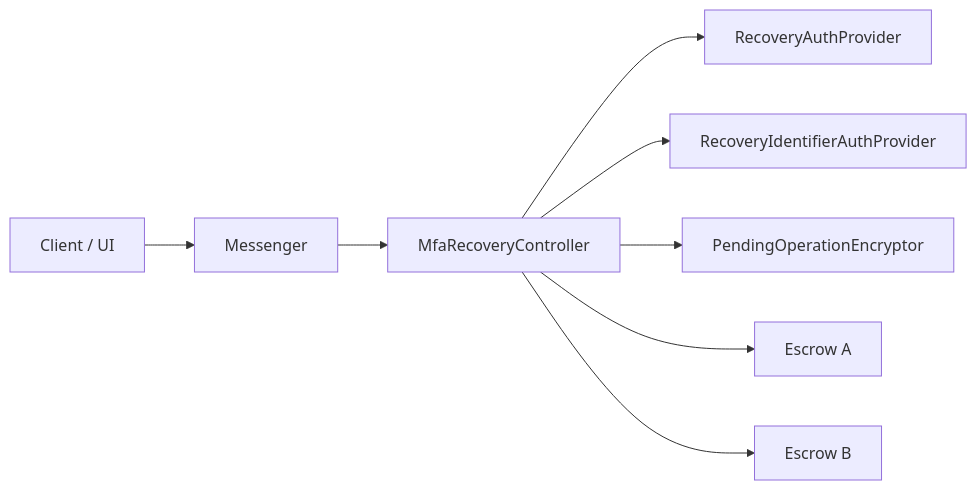
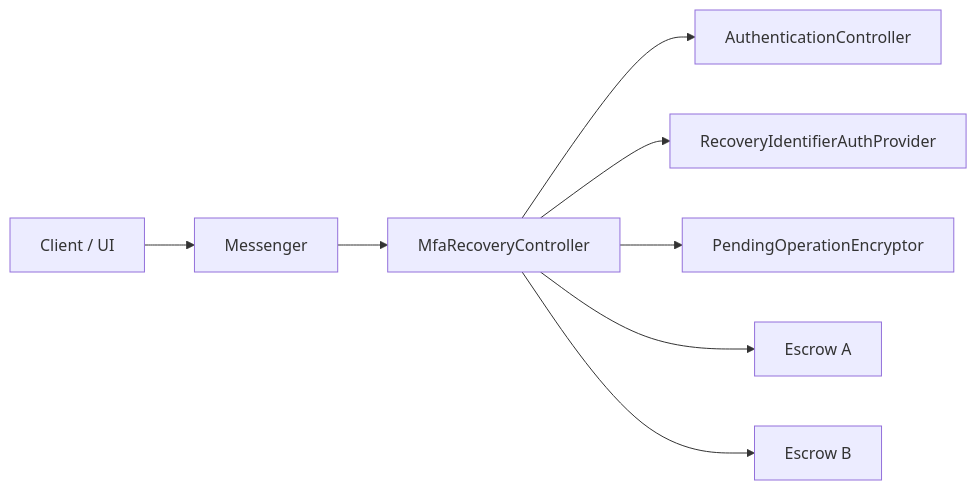
One commit to MetaMask/core changed the first of 5 diagrams in packages/mfa-recovery-controller/ARCHITECTURE.md. Above: the diagram before and after it, drawn with Mermaid. The commit also changed other lines of this file and 11 other files, not shown here.

Commit message:
feat(mfa-recovery-controller): use AuthenticationController via messenger

````diff
--- a/packages/mfa-recovery-controller/ARCHITECTURE.md
+++ b/packages/mfa-recovery-controller/ARCHITECTURE.md
@@ -13,19 +14,19 @@
 ```mermaid
 flowchart LR
   Client["Client / UI"]
   Messenger["Messenger"]
   Ctrl["MfaRecoveryController"]
-  Auth["RecoveryAuthProvider"]
+  Auth["AuthenticationController"]
   IdP["RecoveryIdentifierAuthProvider"]
   Enc["PendingOperationEncryptor"]
   EA["Escrow A"]
   EB["Escrow B"]
 
   Client --> Messenger
   Messenger --> Ctrl
   Ctrl --> Auth
   Ctrl --> IdP
   Ctrl --> Enc
   Ctrl --> EA
   Ctrl --> EB
 ```
````
